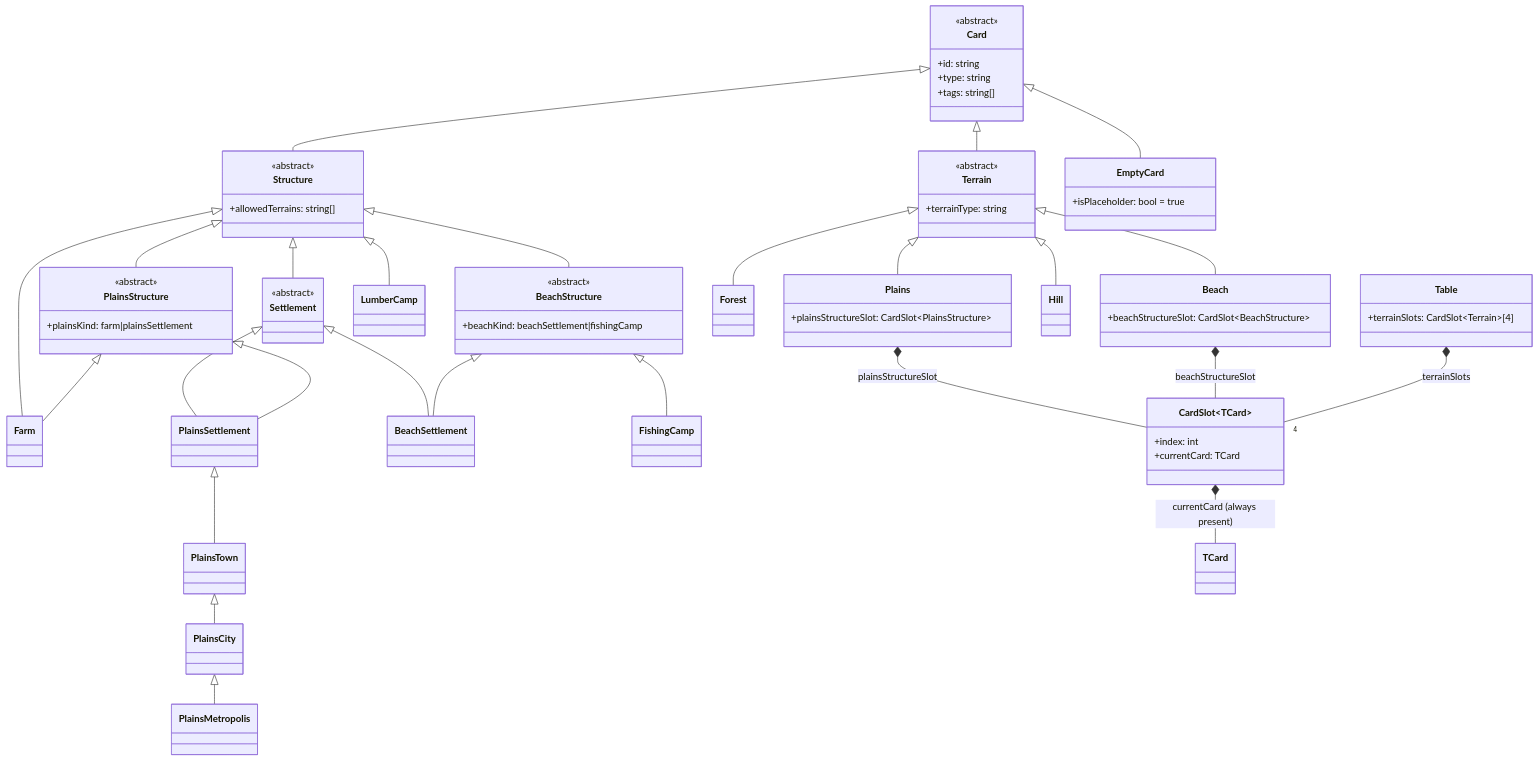
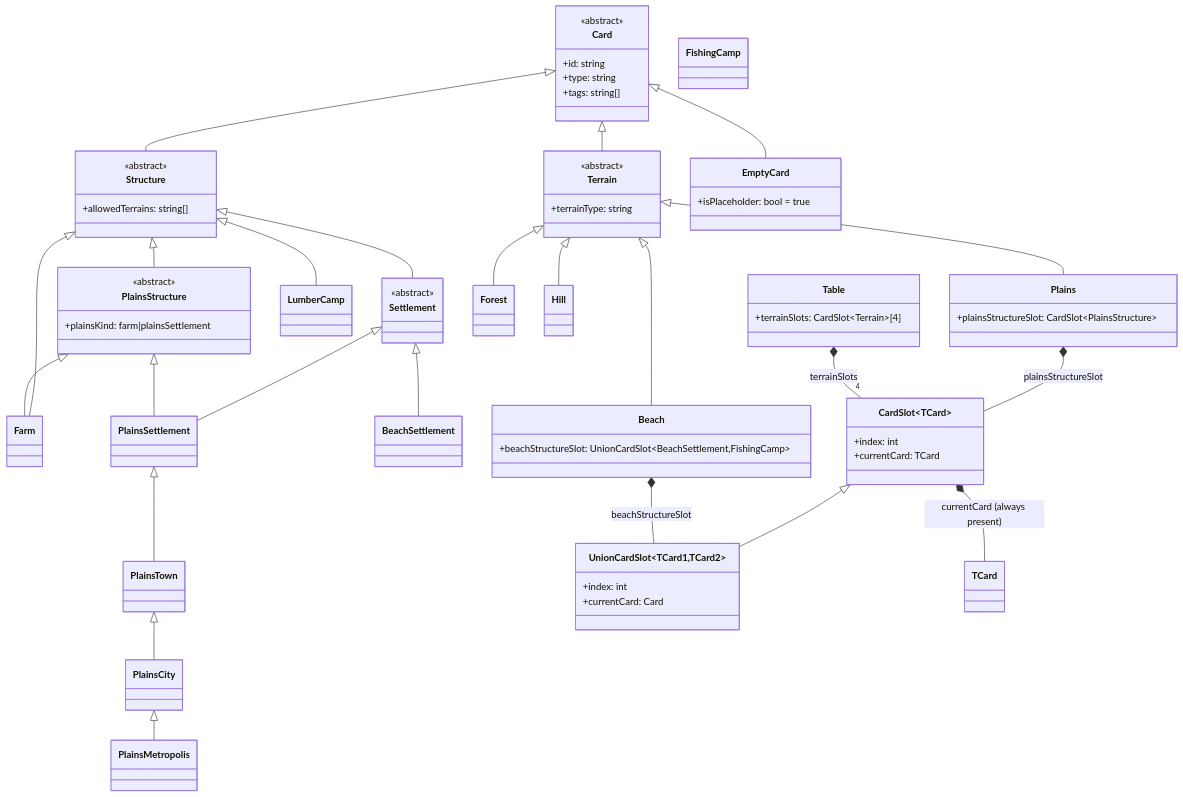
Before and after one commit to AJosephsen/gfxer: the first of 3 diagrams in StrategyGame/data-structure.md, drawn with Mermaid. The commit also changed other lines of this file, not shown here.

Commit message:
docs: replace beach structure type with union card slot

````diff
--- a/StrategyGame/data-structure.md
+++ b/StrategyGame/data-structure.md
@@ -31,11 +31,6 @@
     class Structure {
         <<abstract>>
         +allowedTerrains: string[]
-    }
-
-    class BeachStructure {
-        <<abstract>>
-        +beachKind: beachSettlement|fishingCamp
     }
 
     class PlainsStructure {
@@ -60,7 +55,7 @@
     }
     class Forest
     class Beach {
-        +beachStructureSlot: CardSlot~BeachStructure~
+        +beachStructureSlot: UnionCardSlot~BeachSettlement,FishingCamp~
     }
     class Hill
 
@@ -73,6 +68,11 @@
         +currentCard: TCard
     }
 
+    class UnionCardSlot~TCard1,TCard2~ {
+        +index: int
+        +currentCard: Card
+    }
+
     class Table {
         +terrainSlots: CardSlot~Terrain~[4]
     }
@@ -80,7 +80,6 @@
     Card <|-- EmptyCard
     Card <|-- Terrain
     Card <|-- Structure
-    Structure <|-- BeachStructure
     Structure <|-- PlainsStructure
     Structure <|-- Farm
     Structure <|-- Settlement
@@ -92,14 +91,13 @@
     PlainsCity <|-- PlainsMetropolis
     Settlement <|-- BeachSettlement
     Structure <|-- LumberCamp
-    BeachStructure <|-- BeachSettlement
-    BeachStructure <|-- FishingCamp
     Terrain <|-- Plains
     Terrain <|-- Forest
     Terrain <|-- Beach
     Terrain <|-- Hill
     CardSlot~TCard~ *-- TCard : currentCard (always present)
+    CardSlot~TCard~ <|-- UnionCardSlot~TCard1,TCard2~
     Plains *-- CardSlot~PlainsStructure~ : plainsStructureSlot
-    Beach *-- CardSlot~BeachStructure~ : beachStructureSlot
+    Beach *-- UnionCardSlot~BeachSettlement,FishingCamp~ : beachStructureSlot
     Table *-- "4" CardSlot~Terrain~ : terrainSlots
 ```
````
